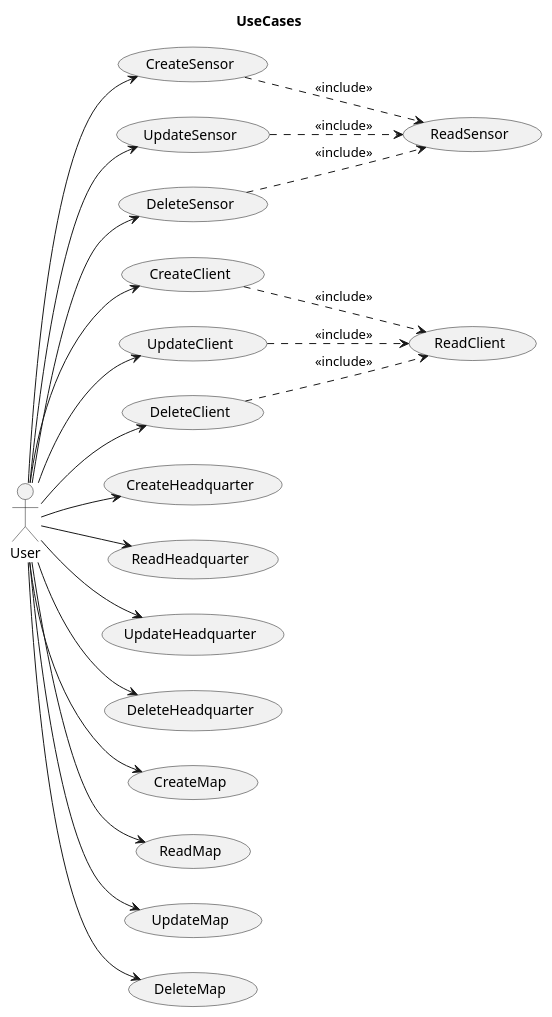
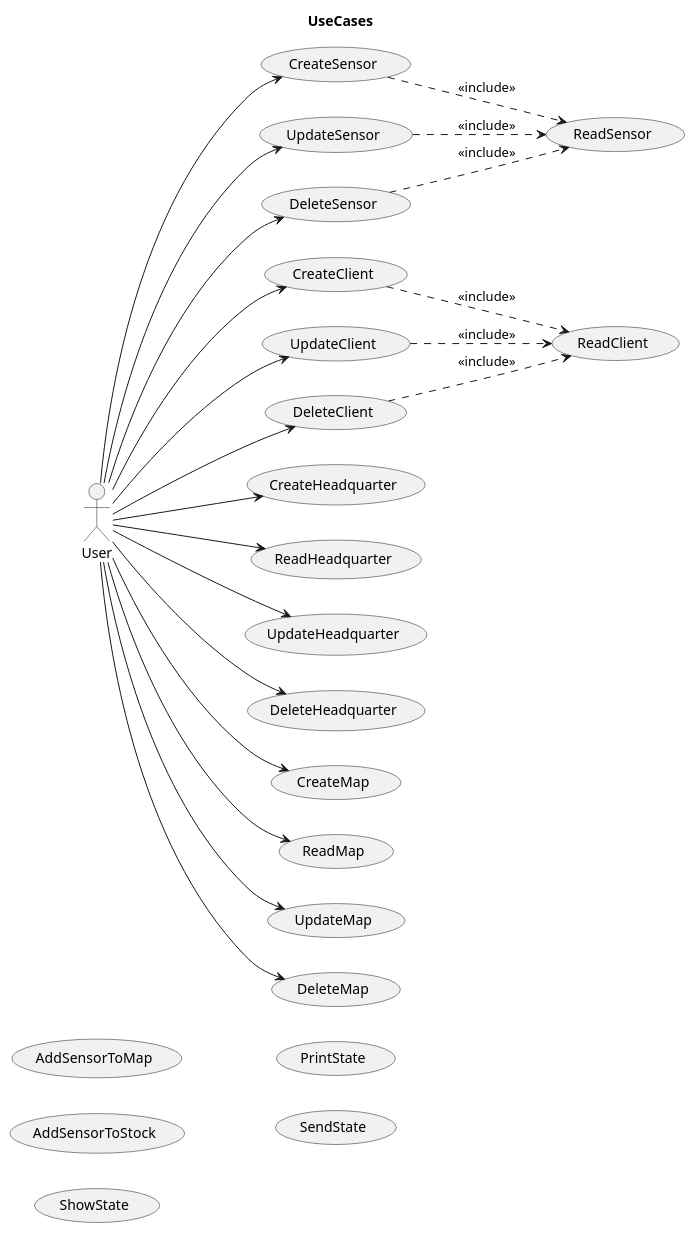
Before and after one commit to jumpering/pestmonitors: the diagram in docs/src/useCase/useCaseDiagram.puml, drawn with PlantUML. The commit also changed 1 other file, not shown here.

```diff
--- a/docs/src/useCase/useCaseDiagram.puml
+++ b/docs/src/useCase/useCaseDiagram.puml
@@ -1,54 +1,60 @@
 @startuml
 title UseCases
 left to right direction
 actor User
 
 usecase CreateSensor
 usecase ReadSensor
 usecase UpdateSensor
 usecase DeleteSensor
+usecase AddSensorToMap
+usecase AddSensorToStock
+
+usecase ShowState
+usecase PrintState
+usecase SendState
 
 usecase CreateClient
 usecase ReadClient
 usecase UpdateClient
 usecase DeleteClient
 
 usecase CreateHeadquarter
 usecase ReadHeadquarter
 usecase UpdateHeadquarter
 usecase DeleteHeadquarter
 
 usecase CreateMap
 usecase ReadMap
 usecase UpdateMap
 usecase DeleteMap
 
 
 User --> CreateSensor
 CreateSensor ..> ReadSensor  : "<<include>>"
 'User --> ReadSensor
 User --> UpdateSensor
 UpdateSensor ..> ReadSensor  : "<<include>>"
 User --> DeleteSensor
 DeleteSensor ..> ReadSensor  : "<<include>>"
 
 
 User --> CreateClient
 CreateClient ..> ReadClient : "<<include>>"
 'User --> ReadClient
 User --> UpdateClient
 UpdateClient ..> ReadClient : "<<include>>"
 User --> DeleteClient
 DeleteClient ..> ReadClient : "<<include>>"
 
 User --> CreateHeadquarter
 User --> ReadHeadquarter
 User --> UpdateHeadquarter
 User --> DeleteHeadquarter
 
 User --> CreateMap
 User --> ReadMap
 User --> UpdateMap
 User --> DeleteMap
 
 @enduml
```
